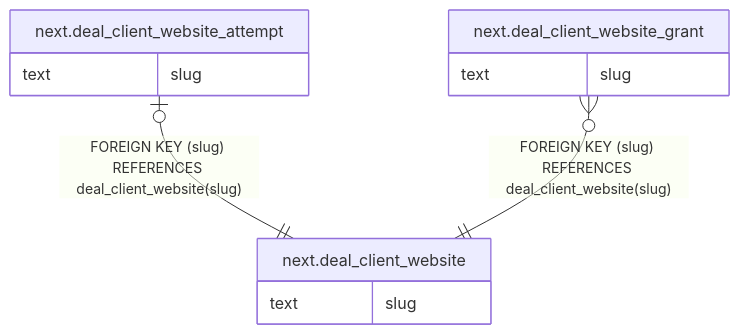
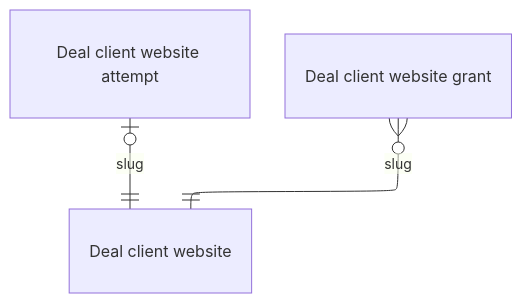
Before and after one commit to DoctorCRE/doctorcre-engine: the diagram in docs/database/tables/viewpoint-website.md, drawn with Mermaid. The commit also changed other lines of this file and 29 other files, not shown here.

````diff
--- a/docs/database/tables/viewpoint-website.md
+++ b/docs/database/tables/viewpoint-website.md
@@ -17,16 +3,15 @@
 ```mermaid
+---
+config:
+  layout: elk
+  er:
+    nodeSpacing: 22
+    rankSpacing: 44
+---
 erDiagram
-
-"next.deal_client_website_attempt" |o--|| "next.deal_client_website" : "FOREIGN KEY (slug) REFERENCES deal_client_website(slug)"
-"next.deal_client_website_grant" }o--|| "next.deal_client_website" : "FOREIGN KEY (slug) REFERENCES deal_client_website(slug)"
-
-"next.deal_client_website" {
-  text slug
-}
-"next.deal_client_website_attempt" {
-  text slug
-}
-"next.deal_client_website_grant" {
-  text slug
-}
+  "Deal client website"
+  "Deal client website attempt"
+  "Deal client website grant"
+  "Deal client website attempt" |o--|| "Deal client website" : "slug"
+  "Deal client website grant" }o--|| "Deal client website" : "slug"
 ```
````
